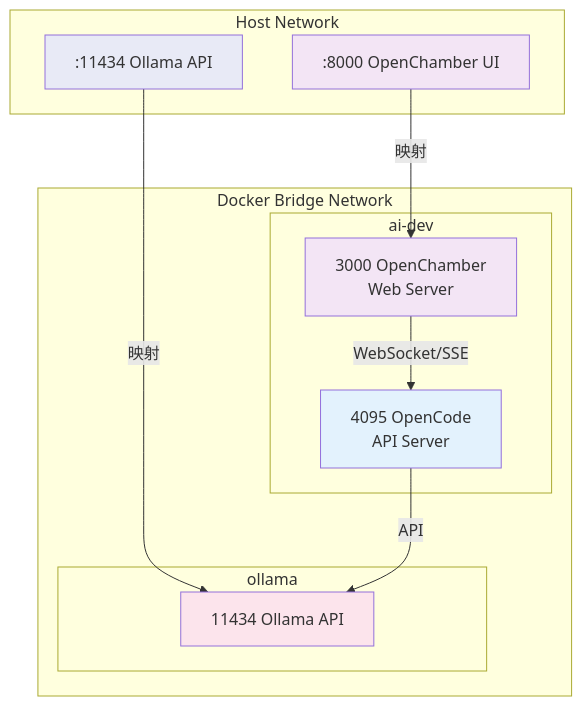
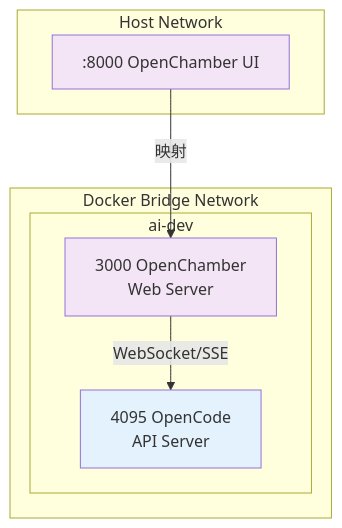
One commit to tryweb/ai-engkit changed the seventh of 11 diagrams in docs/ARCHITECTURE.md. Above: the diagram before and after it, drawn with Mermaid. The commit also changed other lines of this file and 4 other files, not shown here.

````diff
--- a/docs/ARCHITECTURE.md
+++ b/docs/ARCHITECTURE.md
@@ -247,30 +199,21 @@
 ```mermaid
 graph TB
     subgraph "Host Network"
         HOST_PORT_8000[":8000 OpenChamber UI"]
-        HOST_PORT_11434[":11434 Ollama API"]
     end
 
     subgraph "Docker Bridge Network"
         subgraph "ai-dev"
             CONTAINER_3000["3000 OpenChamber<br/>Web Server"]
             CONTAINER_4095["4095 OpenCode<br/>API Server"]
         end
-
-        subgraph "ollama"
-            CONTAINER_11434["11434 Ollama API"]
-        end
     end
 
     HOST_PORT_8000 -->|"映射"| CONTAINER_3000
-    HOST_PORT_11434 -->|"映射"| CONTAINER_11434
     
     CONTAINER_3000 -->|"WebSocket/SSE"| CONTAINER_4095
-    CONTAINER_4095 -->|"API"| CONTAINER_11434
 
     style HOST_PORT_8000 fill:#f3e5f5
-    style HOST_PORT_11434 fill:#e8eaf6
     style CONTAINER_3000 fill:#f3e5f5
     style CONTAINER_4095 fill:#e3f2fd
-    style CONTAINER_11434 fill:#fce4ec
 ```
````
